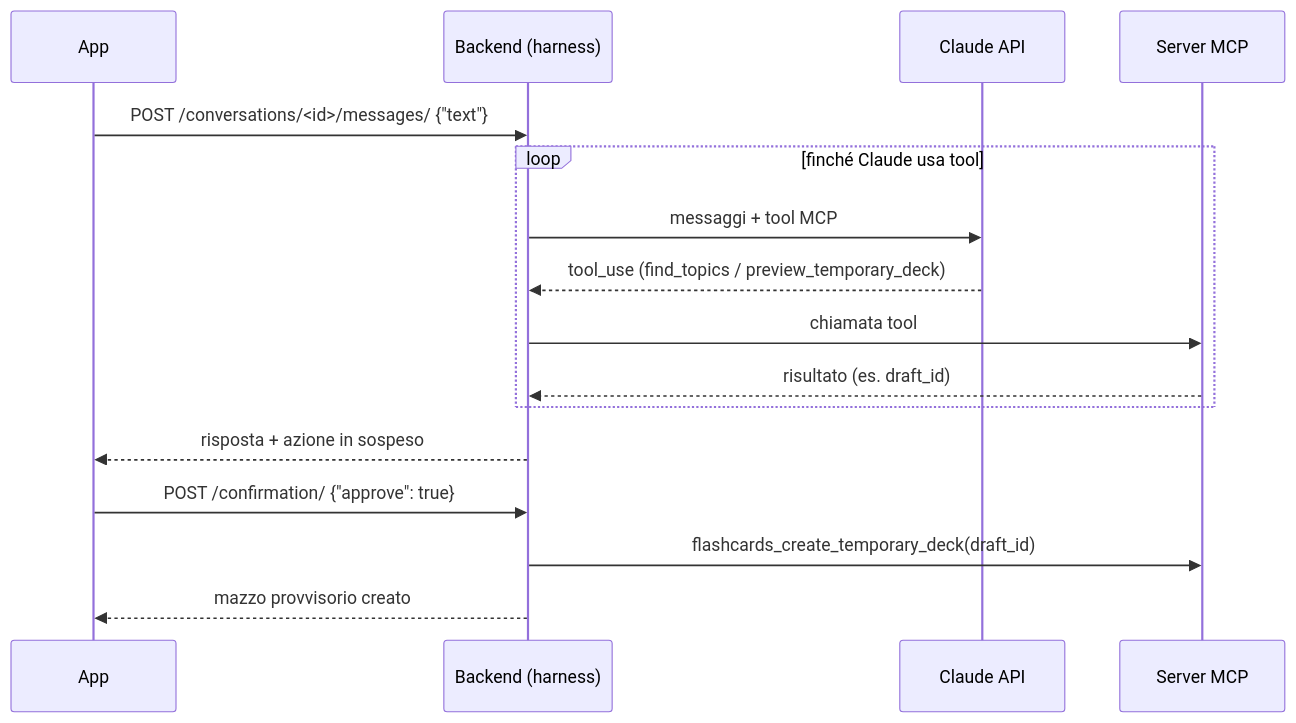
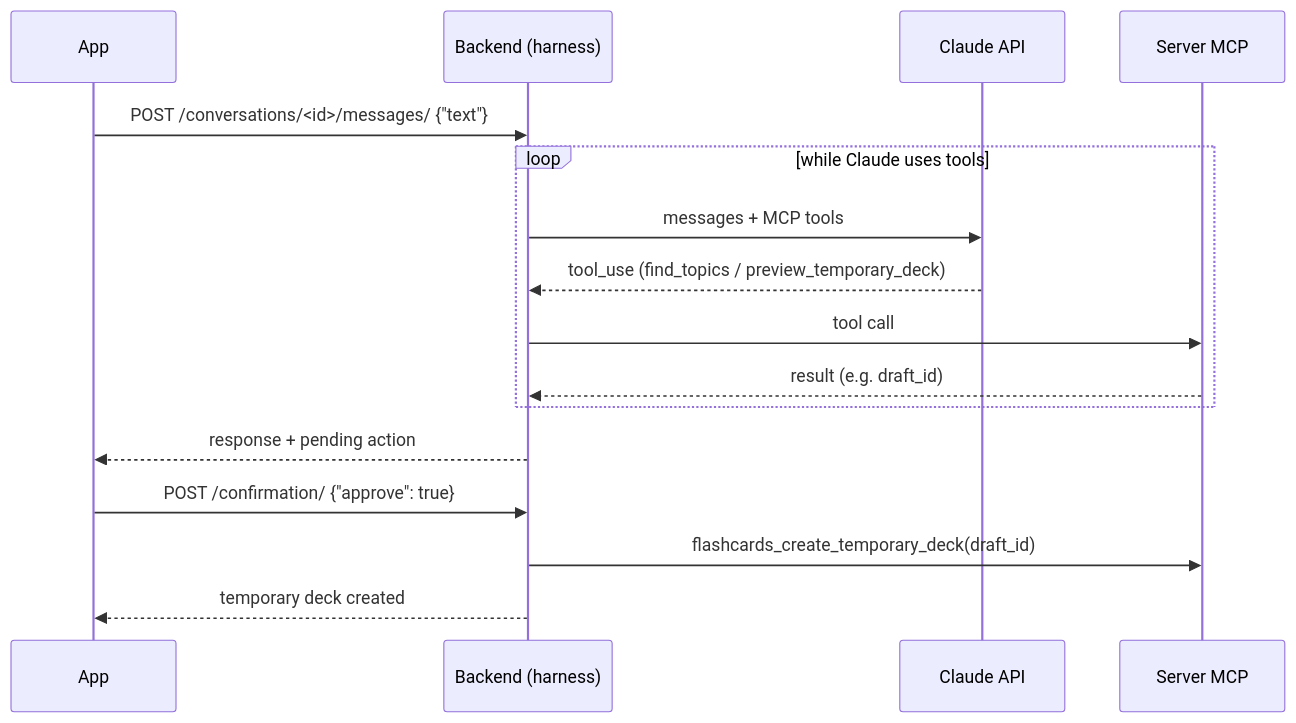
Before and after one commit to jackw1-tech/FlashCardApp: the fifth of 8 diagrams in README.md, drawn with Mermaid. The commit also changed other lines of this file, not shown here.

````diff
--- a/README.md
+++ b/README.md
@@ -195,19 +195,19 @@
 ```mermaid
 sequenceDiagram
     participant A as App
     participant B as Backend (harness)
     participant C as Claude API
     participant M as Server MCP
 
     A->>B: POST /conversations/<id>/messages/ {"text"}
-    loop finché Claude usa tool
-        B->>C: messaggi + tool MCP
+    loop while Claude uses tools
+        B->>C: messages + MCP tools
         C-->>B: tool_use (find_topics / preview_temporary_deck)
-        B->>M: chiamata tool
-        M-->>B: risultato (es. draft_id)
+        B->>M: tool call
+        M-->>B: result (e.g. draft_id)
     end
-    B-->>A: risposta + azione in sospeso
+    B-->>A: response + pending action
     A->>B: POST /confirmation/ {"approve": true}
     B->>M: flashcards_create_temporary_deck(draft_id)
-    B-->>A: mazzo provvisorio creato
+    B-->>A: temporary deck created
 ```
````
